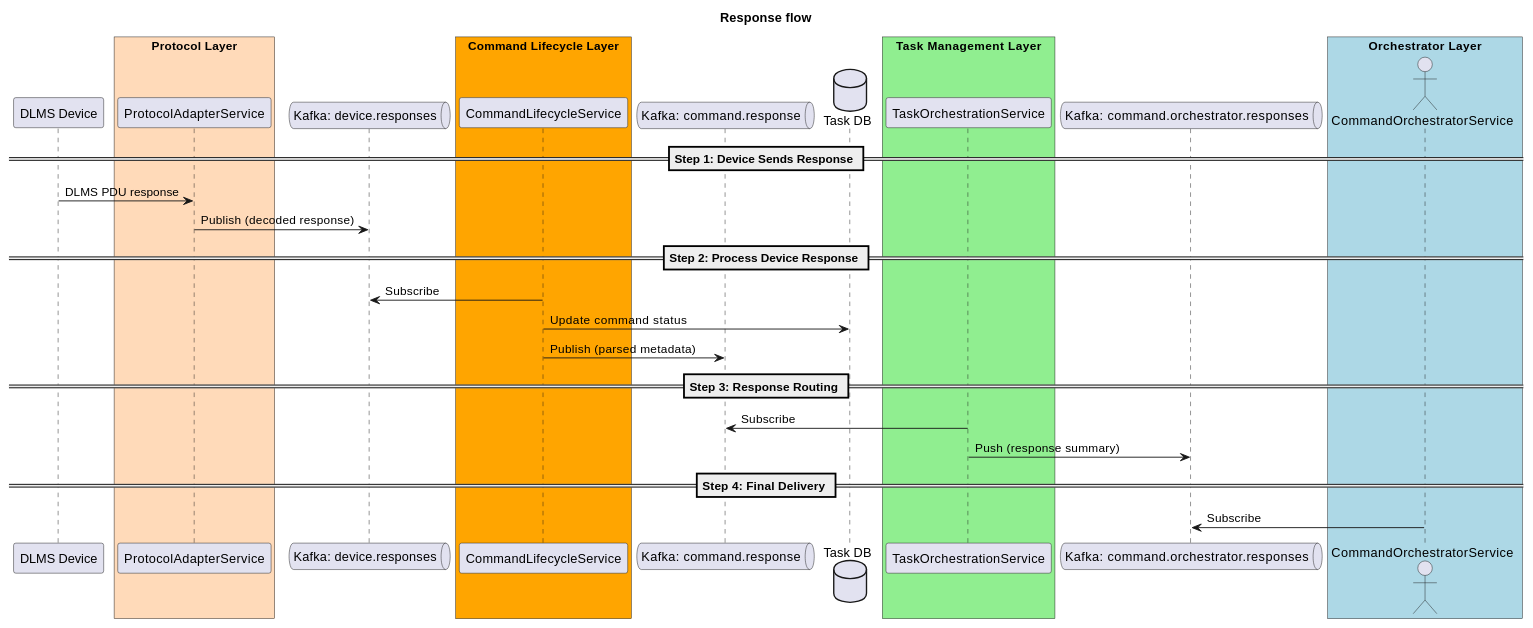
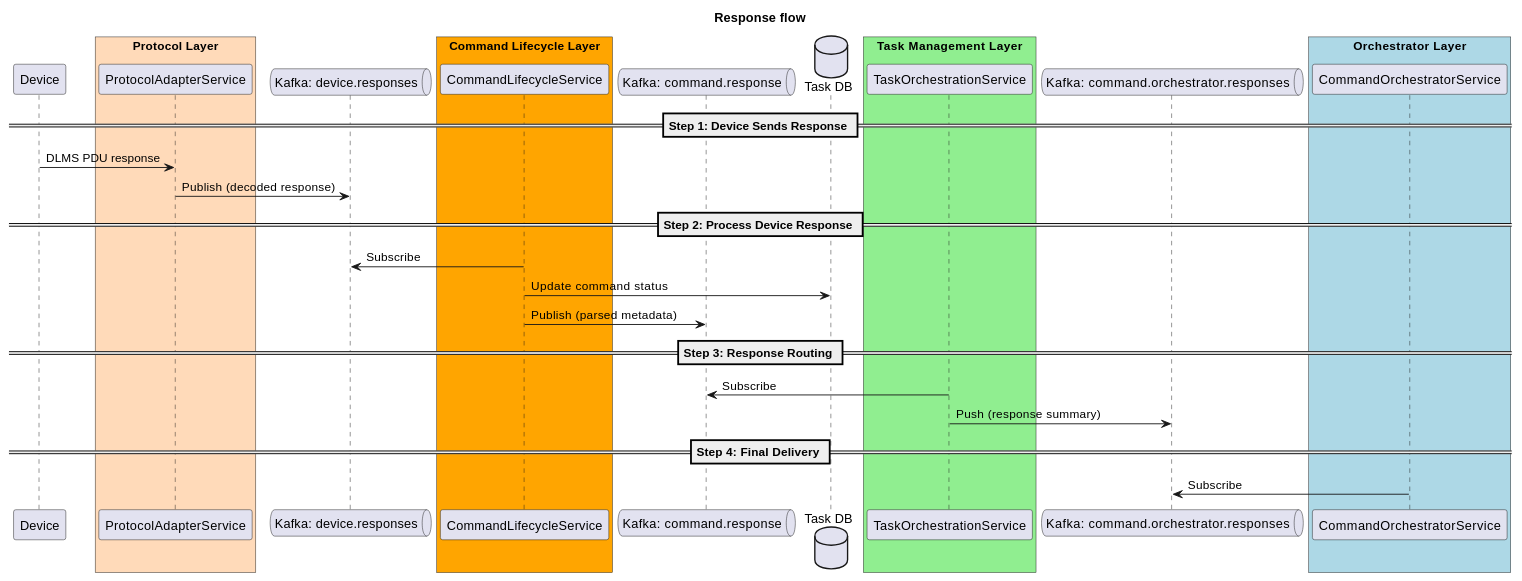
The second of 2 diagrams in designingmicroservices/architecture/README.md (sbhrwl/microservices), drawn with PlantUML before and after one commit. The commit also changed other lines of this file, not shown here.

````diff
--- a/designingmicroservices/architecture/README.md
+++ b/designingmicroservices/architecture/README.md
@@ -55,46 +67,46 @@
-```plantuml
-@startuml
-title Response flow
-
-participant "DLMS Device" as Device
-box "Protocol Layer" #FFDAB9
-  participant ProtocolAdapterService
-end box
-
-queue "Kafka: device.responses" as KafkaResponse
-
-box "Command Lifecycle Layer" #Orange
-  participant CommandLifecycleService
-end box
-
-queue "Kafka: command.response" as KafkaCommandResponse
-database "Task DB" as TaskDB
-
-box "Task Management Layer" #LightGreen
-  participant TaskOrchestrationService
-end box
-
-queue "Kafka: command.orchestrator.responses" as KafkaOrchestratorResponse
-
-box "Orchestrator Layer" #LightBlue
-  actor CommandOrchestratorService
-end box
-
-== Step 1: Device Sends Response ==
-Device -> ProtocolAdapterService: DLMS PDU response
-ProtocolAdapterService -> KafkaResponse: Publish (decoded response)
-
-== Step 2: Process Device Response ==
-CommandLifecycleService -> KafkaResponse: Subscribe
-CommandLifecycleService -> TaskDB: Update command status
-CommandLifecycleService -> KafkaCommandResponse: Publish (parsed metadata)
-
-== Step 3: Response Routing ==
-TaskOrchestrationService -> KafkaCommandResponse: Subscribe
-TaskOrchestrationService -> KafkaOrchestratorResponse: Push (response summary)
-
-== Step 4: Final Delivery ==
-CommandOrchestratorService -> KafkaOrchestratorResponse: Subscribe
-
-@enduml
-```
+  ```plantuml
+  @startuml
+  title Response flow
+  
+  participant "Device" as Device
+  box "Protocol Layer" #FFDAB9
+    participant ProtocolAdapterService
+  end box
+  
+  queue "Kafka: device.responses" as KafkaResponse
+  
+  box "Command Lifecycle Layer" #Orange
+    participant CommandLifecycleService
+  end box
+  
+  queue "Kafka: command.response" as KafkaCommandResponse
+  database "Task DB" as TaskDB
+  
+  box "Task Management Layer" #LightGreen
+    participant TaskOrchestrationService
+  end box
+  
+  queue "Kafka: command.orchestrator.responses" as KafkaOrchestratorResponse
+  
+  box "Orchestrator Layer" #LightBlue
+    participant CommandOrchestratorService
+  end box
+  
+  == Step 1: Device Sends Response ==
+  Device -> ProtocolAdapterService: DLMS PDU response
+  ProtocolAdapterService -> KafkaResponse: Publish (decoded response)
+  
+  == Step 2: Process Device Response ==
+  CommandLifecycleService -> KafkaResponse: Subscribe
+  CommandLifecycleService -> TaskDB: Update command status
+  CommandLifecycleService -> KafkaCommandResponse: Publish (parsed metadata)
+  
+  == Step 3: Response Routing ==
+  TaskOrchestrationService -> KafkaCommandResponse: Subscribe
+  TaskOrchestrationService -> KafkaOrchestratorResponse: Push (response summary)
+  
+  == Step 4: Final Delivery ==
+  CommandOrchestratorService -> KafkaOrchestratorResponse: Subscribe
+  
+  @enduml
+  ```
````
